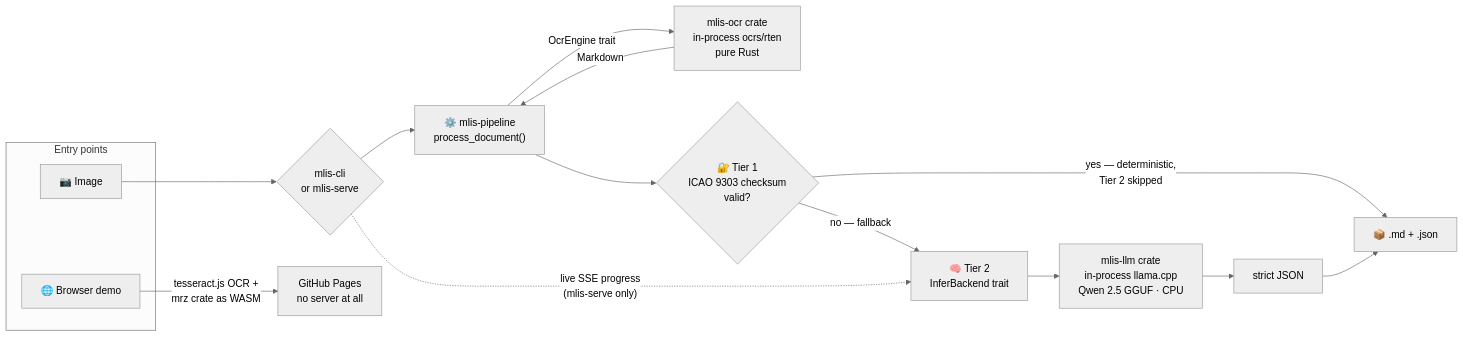
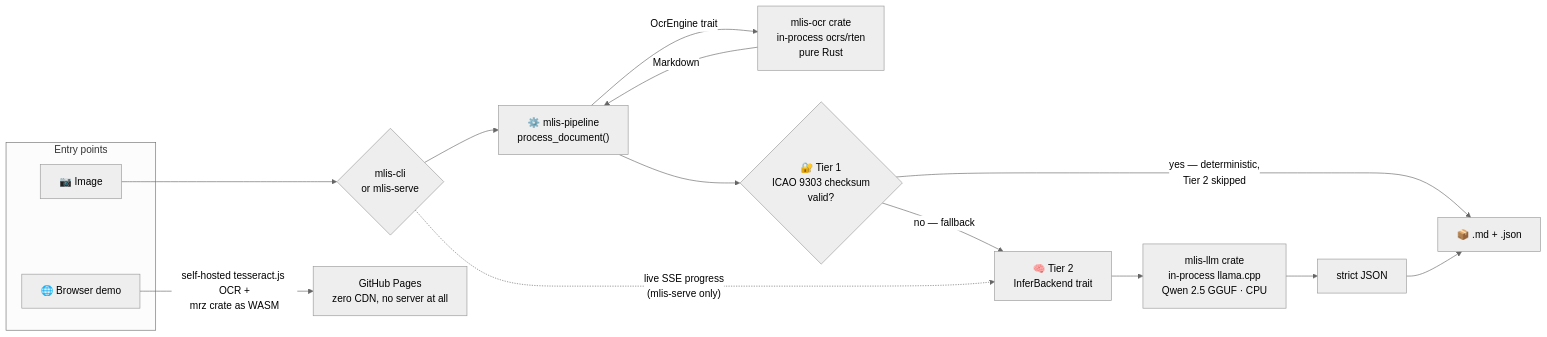
One commit to ruledicaprio/SynthPass changed the first of 2 diagrams in README.md. Above: the diagram before and after it, drawn with Mermaid (neutral theme). The commit also changed other lines of this file and 5 other files, not shown here.

````diff
--- a/README.md
+++ b/README.md
@@ -26,25 +81,25 @@
 ```mermaid
 flowchart LR
     subgraph entry["Entry points"]
         A["📷 Image"]
         A2["🌐 Browser demo"]
     end
 
     A --> B{"mlis-cli<br/>or mlis-serve"}
     B --> P["⚙️ mlis-pipeline<br/>process_document()"]
 
     P -->|"OcrEngine trait"| RUSTOCR["mlis-ocr crate<br/>in-process ocrs/rten<br/>pure Rust"]
     RUSTOCR -->|Markdown| P
 
     P --> T1{"🔐 Tier 1<br/>ICAO 9303 checksum<br/>valid?"}
     T1 -->|"yes — deterministic,<br/>Tier 2 skipped"| OUT["📦 .md + .json"]
 
     T1 -->|"no — fallback"| T2["🧠 Tier 2<br/>InferBackend trait"]
     T2 --> NAT["mlis-llm crate<br/>in-process llama.cpp<br/>Qwen 2.5 GGUF · CPU"]
     NAT --> J2["strict JSON"]
     J2 --> OUT
 
     B -.->|"live SSE progress<br/>(mlis-serve only)"| T2
 
-    A2 -->|"tesseract.js OCR +<br/>mrz crate as WASM"| PAGES["GitHub Pages<br/>no server at all"]
+    A2 -->|"self-hosted tesseract.js OCR +<br/>mrz crate as WASM"| PAGES["GitHub Pages<br/>zero CDN, no server at all"]
 ```
````
